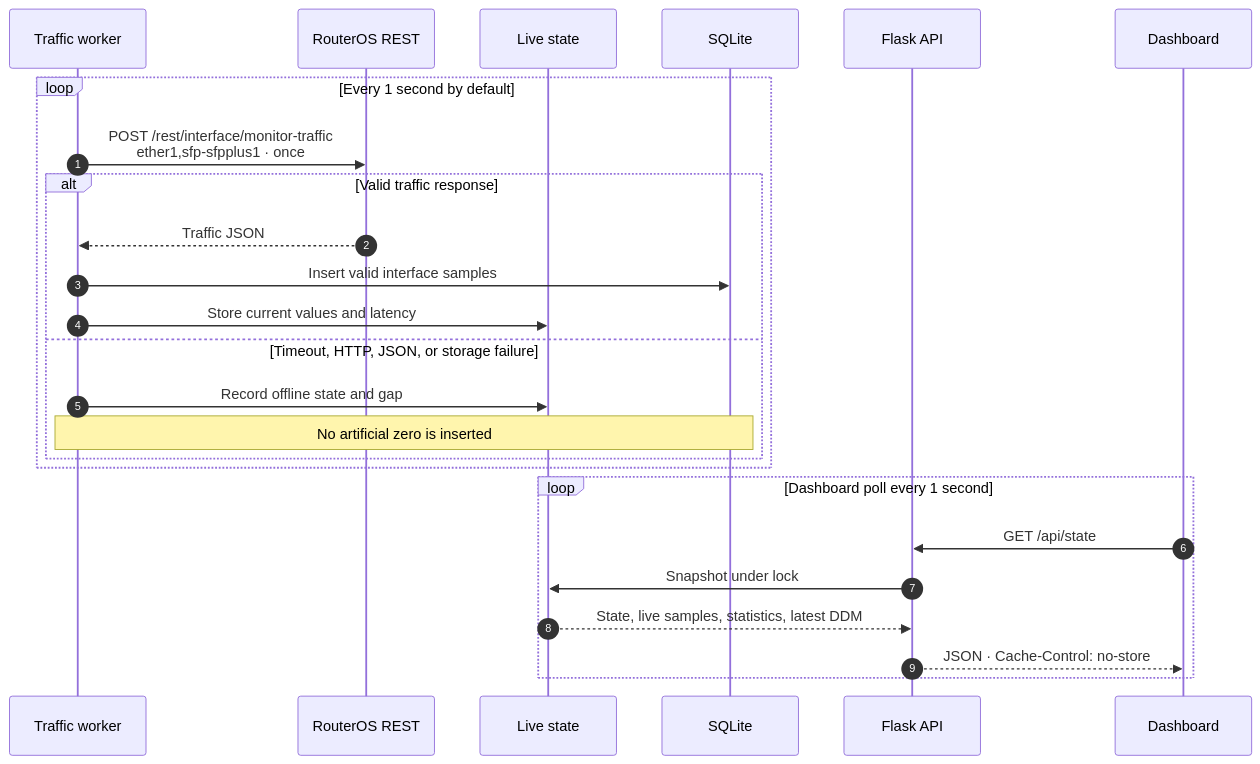
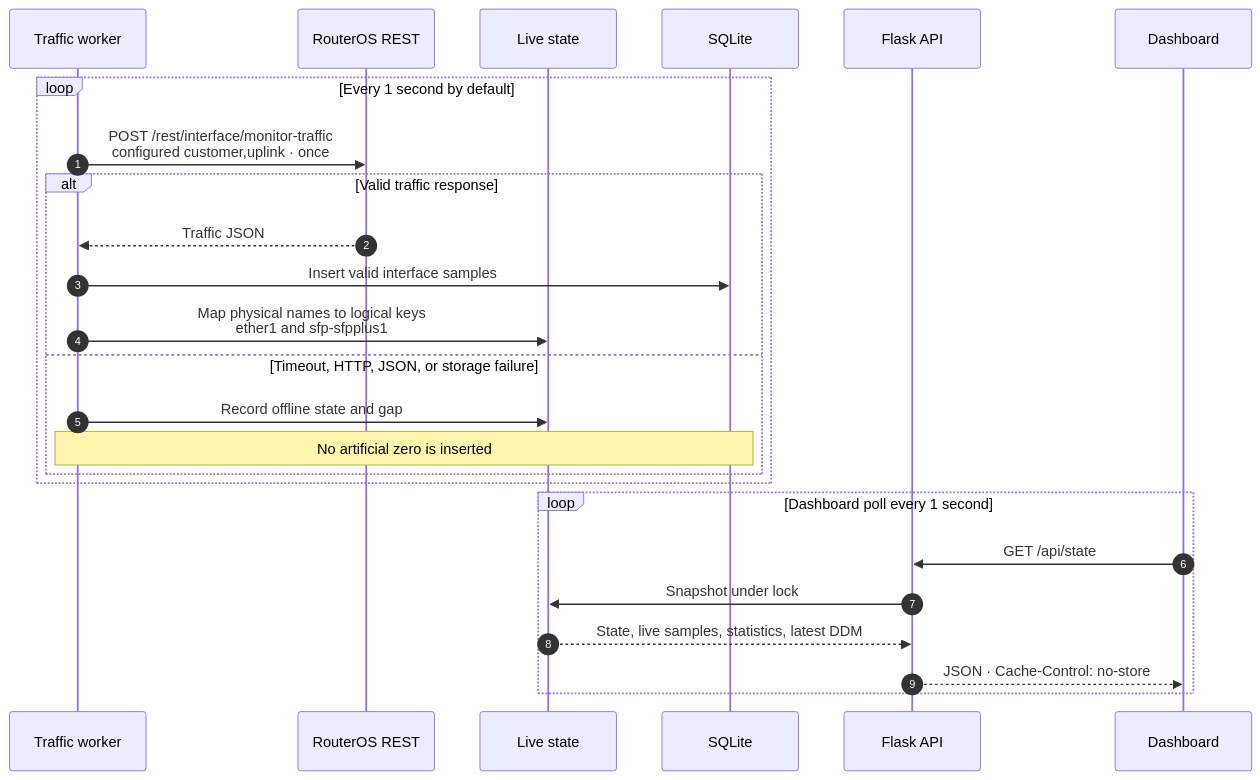
Before and after one commit to Y4el-Waka/MK-Collector: the first of 3 diagrams in docs/diagrams/data-flow.md, drawn with Mermaid. The commit also changed other lines of this file and 11 other files, not shown here.

````diff
--- a/docs/diagrams/data-flow.md
+++ b/docs/diagrams/data-flow.md
@@ -9,29 +9,29 @@
 ```mermaid
 sequenceDiagram
     autonumber
     participant T as Traffic worker
     participant R as RouterOS REST
     participant L as Live state
     participant S as SQLite
     participant A as Flask API
     participant D as Dashboard
 
     loop Every 1 second by default
-        T->>R: POST /rest/interface/monitor-traffic<br/>ether1,sfp-sfpplus1 · once
+        T->>R: POST /rest/interface/monitor-traffic<br/>configured customer,uplink · once
         alt Valid traffic response
             R-->>T: Traffic JSON
             T->>S: Insert valid interface samples
-            T->>L: Store current values and latency
+            T->>L: Map physical names to logical keys<br/>ether1 and sfp-sfpplus1
         else Timeout, HTTP, JSON, or storage failure
             T->>L: Record offline state and gap
             Note over T,S: No artificial zero is inserted
         end
     end
 
     loop Dashboard poll every 1 second
         D->>A: GET /api/state
         A->>L: Snapshot under lock
         L-->>A: State, live samples, statistics, latest DDM
         A-->>D: JSON · Cache-Control: no-store
     end
 ```
````
